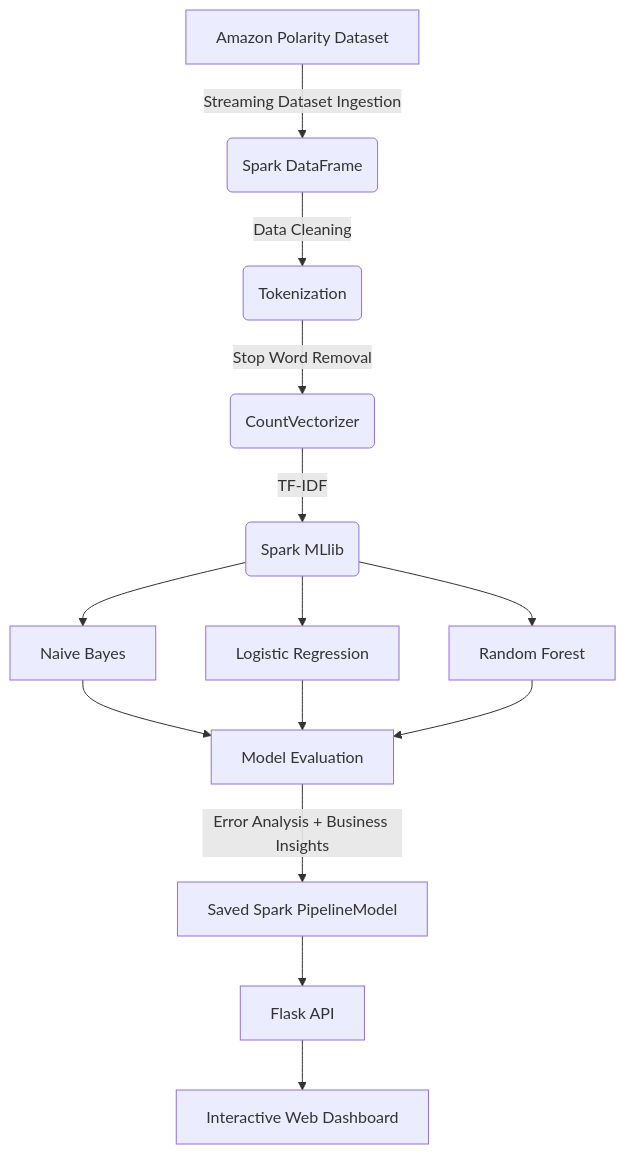
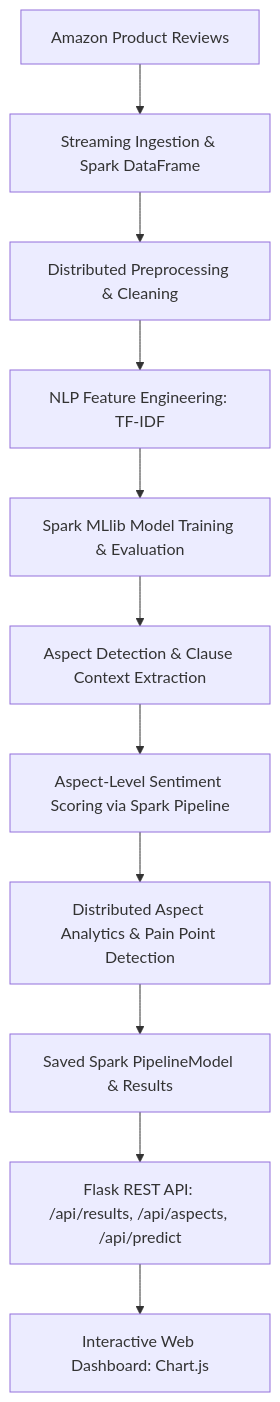
Before and after one commit to ishwari05/spark-review-intelligence: the first of 2 diagrams in README.md, drawn with Mermaid. The commit also changed other lines of this file and 21 other files, not shown here.

Commit message:
Aspect-Based Sentiment Analysis (ABSA) and Topic & Complaint Mining

````diff
--- a/README.md
+++ b/README.md
@@ -11,16 +13,13 @@
 ```mermaid
 flowchart TD
-    A[Amazon Polarity Dataset] -->|Streaming Dataset Ingestion| B(Spark DataFrame)
-    B -->|Data Cleaning| C(Tokenization)
-    C -->|Stop Word Removal| D(CountVectorizer)
-    D -->|TF-IDF| E(Spark MLlib)
-    E --> F[Naive Bayes]
-    E --> G[Logistic Regression]
-    E --> H[Random Forest]
-    F --> I[Model Evaluation]
-    G --> I
-    H --> I
-    I -->|Error Analysis + Business Insights| J[Saved Spark PipelineModel]
-    J --> K[Flask API]
-    K --> L[Interactive Web Dashboard]
+    A[Amazon Product Reviews] --> B[Streaming Ingestion & Spark DataFrame]
+    B --> C[Distributed Preprocessing & Cleaning]
+    C --> D[NLP Feature Engineering: TF-IDF]
+    D --> E[Spark MLlib Model Training & Evaluation]
+    E --> F[Aspect Detection & Clause Context Extraction]
+    F --> G[Aspect-Level Sentiment Scoring via Spark Pipeline]
+    G --> H[Distributed Aspect Analytics & Pain Point Detection]
+    H --> I[Saved Spark PipelineModel & Results]
+    I --> J[Flask REST API: /api/results, /api/aspects, /api/predict]
+    J --> K[Interactive Web Dashboard: Chart.js]
 ```
````
